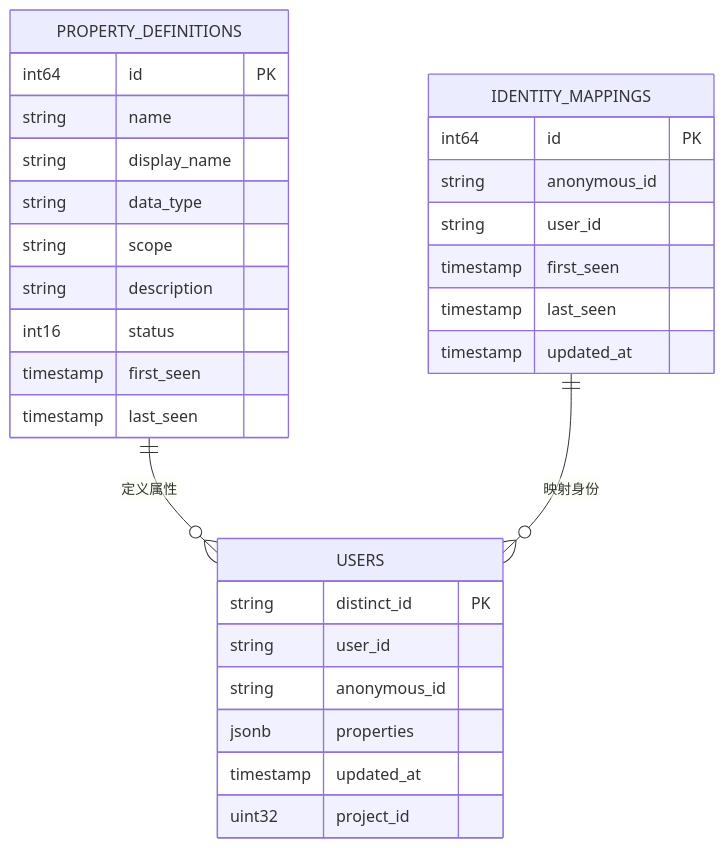
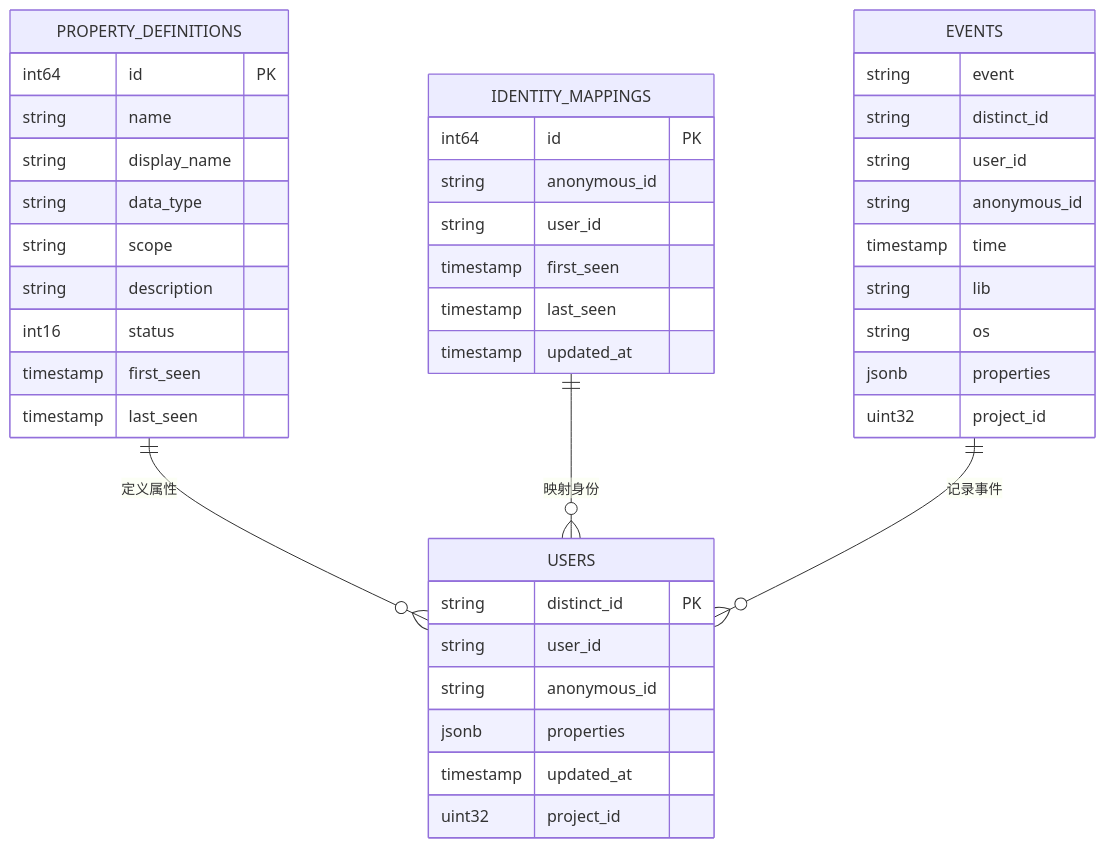
Before and after one commit to zhen-zhong/AeroLog: the second of 11 diagrams in .qoder/repowiki/zh/content/Web控制台/用户管理功能.md, drawn with Mermaid. The commit also changed other lines of this file and 84 other files, not shown here.

````diff
--- a/.qoder/repowiki/zh/content/Web控制台/用户管理功能.md
+++ b/.qoder/repowiki/zh/content/Web控制台/用户管理功能.md
@@ -105,32 +132,44 @@
 ```mermaid
 erDiagram
 PROPERTY_DEFINITIONS {
 int64 id PK
 string name
 string display_name
 string data_type
 string scope
 string description
 int16 status
 timestamp first_seen
 timestamp last_seen
 }
 IDENTITY_MAPPINGS {
 int64 id PK
 string anonymous_id
 string user_id
 timestamp first_seen
 timestamp last_seen
 timestamp updated_at
 }
 USERS {
 string distinct_id PK
 string user_id
 string anonymous_id
 jsonb properties
 timestamp updated_at
 uint32 project_id
 }
+EVENTS {
+string event
+string distinct_id
+string user_id
+string anonymous_id
+timestamp time
+string lib
+string os
+jsonb properties
+uint32 project_id
+}
 PROPERTY_DEFINITIONS ||--o{ USERS : "定义属性"
 IDENTITY_MAPPINGS ||--o{ USERS : "映射身份"
+EVENTS ||--o{ USERS : "记录事件"
 ```
````
